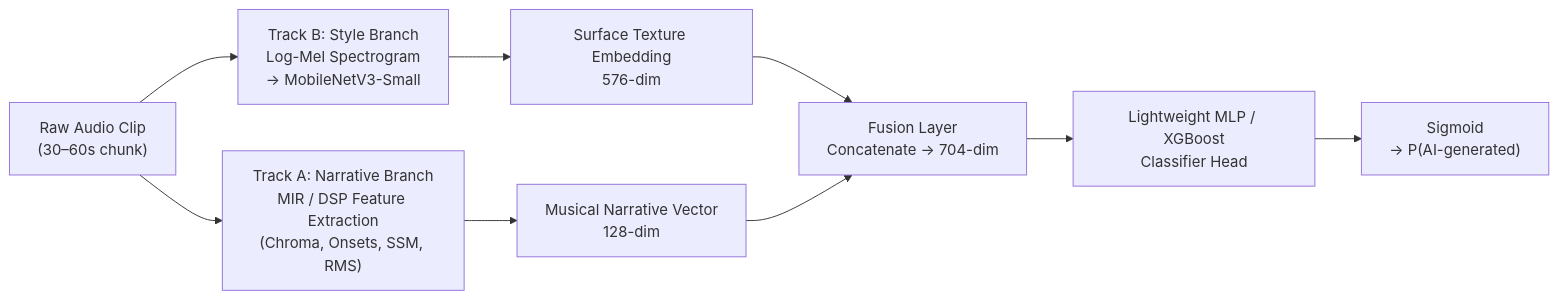
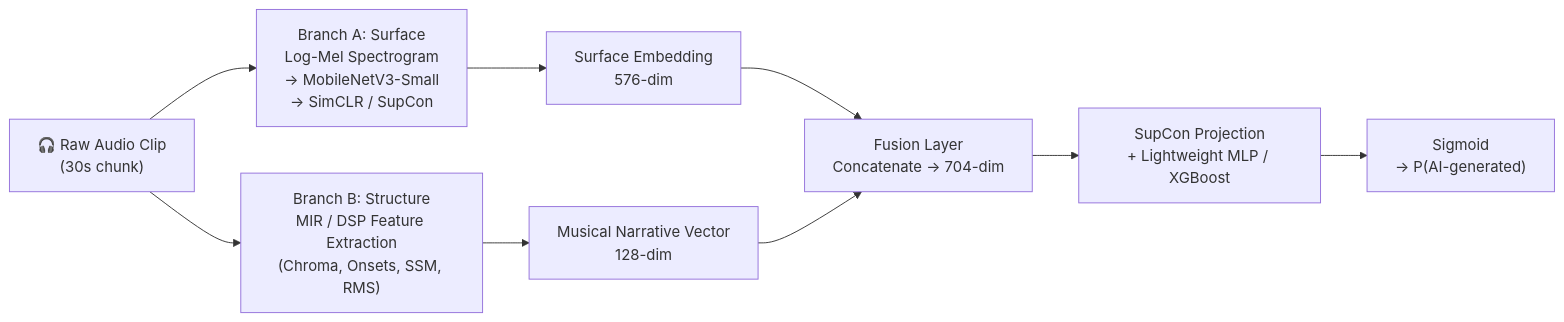
One commit to IshanPandey32/mirex changed the first of 5 diagrams in README.md. Above: the diagram before and after it, drawn with Mermaid. The commit also changed other lines of this file, not shown here.

````diff
--- a/README.md
+++ b/README.md
@@ -24,24 +22,25 @@
 ```mermaid
 flowchart LR
-    A["Raw Audio Clip
-(30–60s chunk)"] --> B["Track B: Style Branch
+    A["🎧 Raw Audio Clip
+(30s chunk)"] --> B["Branch A: Surface
 Log-Mel Spectrogram
-→ MobileNetV3-Small"]
-    A --> C["Track A: Narrative Branch
+→ MobileNetV3-Small
+→ SimCLR / SupCon"]
+    A --> C["Branch B: Structure
 MIR / DSP Feature Extraction
 (Chroma, Onsets, SSM, RMS)"]
 
-    B --> D["Surface Texture Embedding
+    B --> D["Surface Embedding
 576-dim"]
     C --> E["Musical Narrative Vector
 128-dim"]
 
     D --> F["Fusion Layer
 Concatenate → 704-dim"]
     E --> F
 
-    F --> G["Lightweight MLP / XGBoost
-Classifier Head"]
+    F --> G["SupCon Projection
++ Lightweight MLP / XGBoost"]
     G --> H["Sigmoid
 → P(AI-generated)"]
 ```
````
